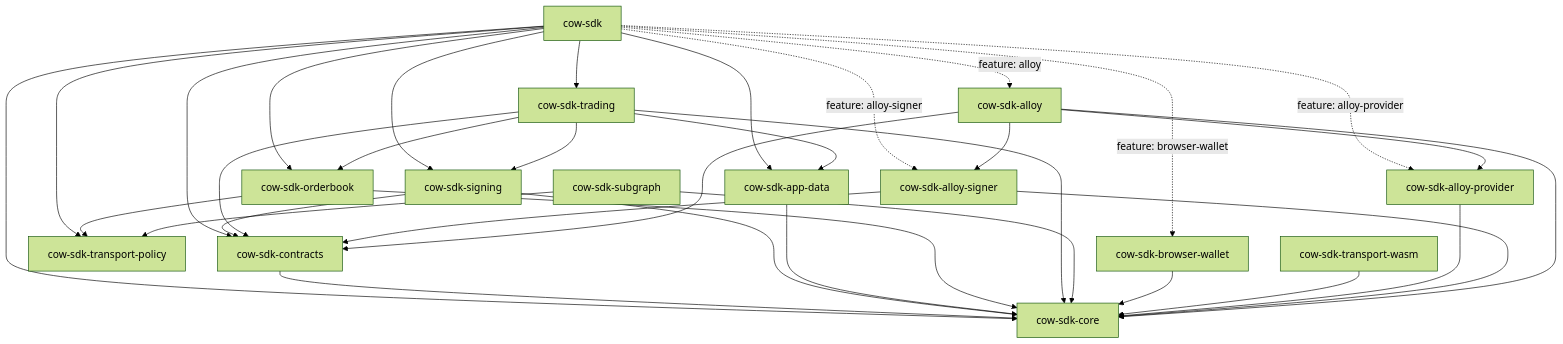
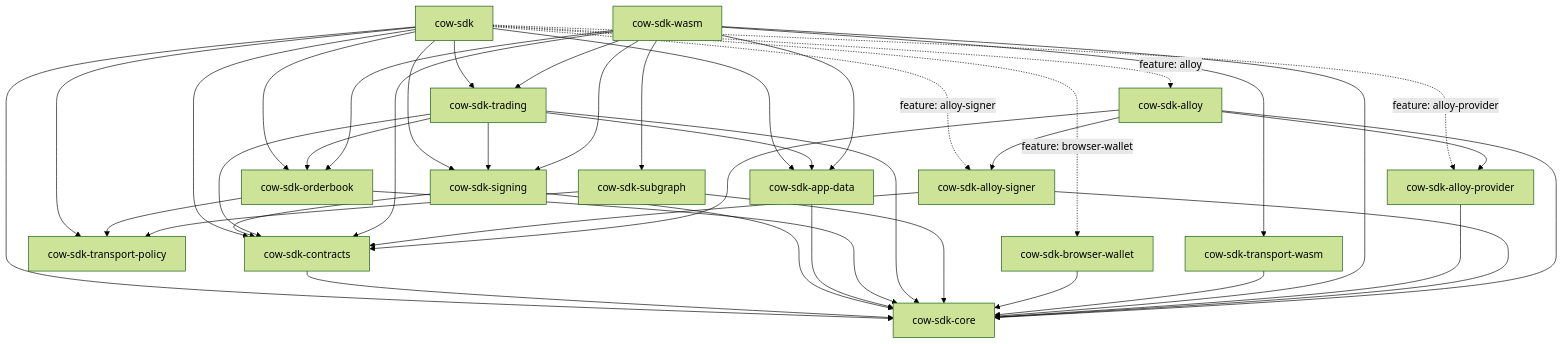
Before and after one commit to 0xSymbiome/cow-rs: the first of 2 diagrams in docs/architecture.md, drawn with Mermaid (forest theme). The commit also changed other lines of this file and 33 other files, not shown here.

First line of the commit message:
docs(wasm): document TypeScript-callable WASM SDK surface

````diff
--- a/docs/architecture.md
+++ b/docs/architecture.md
@@ -6,51 +6,60 @@
 ```mermaid
 flowchart TD
   sdk["cow-sdk"];
   core["cow-sdk-core"];
   contracts["cow-sdk-contracts"];
   signing["cow-sdk-signing"];
   appdata["cow-sdk-app-data"];
   orderbook["cow-sdk-orderbook"];
   transport_policy["cow-sdk-transport-policy"];
   trading["cow-sdk-trading"];
   subgraph_crate["cow-sdk-subgraph"];
   wallet["cow-sdk-browser-wallet"];
   transport_wasm["cow-sdk-transport-wasm"];
+  wasm["cow-sdk-wasm"];
   alloy_provider["cow-sdk-alloy-provider"];
   alloy_signer["cow-sdk-alloy-signer"];
   alloy["cow-sdk-alloy"];
 
   sdk --> core;
   sdk --> contracts;
   sdk --> signing;
   sdk --> appdata;
   sdk --> orderbook;
   sdk --> transport_policy;
   sdk --> trading;
   sdk -.->|feature: browser-wallet| wallet;
   sdk -.->|feature: alloy-provider| alloy_provider;
   sdk -.->|feature: alloy-signer| alloy_signer;
   sdk -.->|feature: alloy| alloy;
   contracts --> core;
   signing --> core;
   signing --> contracts;
   appdata --> core;
   orderbook --> core;
   orderbook --> transport_policy;
   trading --> core;
   trading --> contracts;
   trading --> signing;
   trading --> appdata;
   trading --> orderbook;
   subgraph_crate --> core;
   subgraph_crate --> transport_policy;
   wallet --> core;
   transport_wasm --> core;
+  wasm --> core;
+  wasm --> contracts;
+  wasm --> signing;
+  wasm --> appdata;
+  wasm --> orderbook;
+  wasm --> trading;
+  wasm --> subgraph_crate;
+  wasm --> transport_wasm;
   alloy_provider --> core;
   alloy_signer --> core;
   alloy_signer --> contracts;
   alloy --> core;
   alloy --> contracts;
   alloy --> alloy_provider;
   alloy --> alloy_signer;
 ```
````
